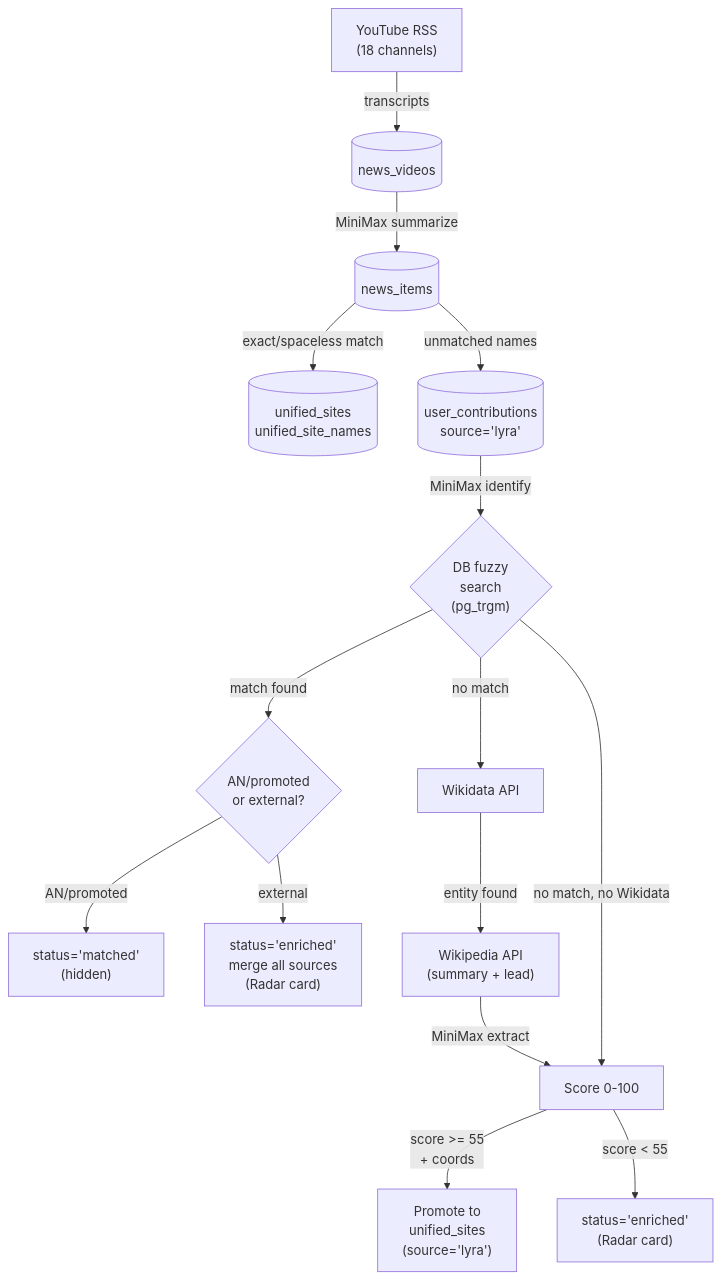
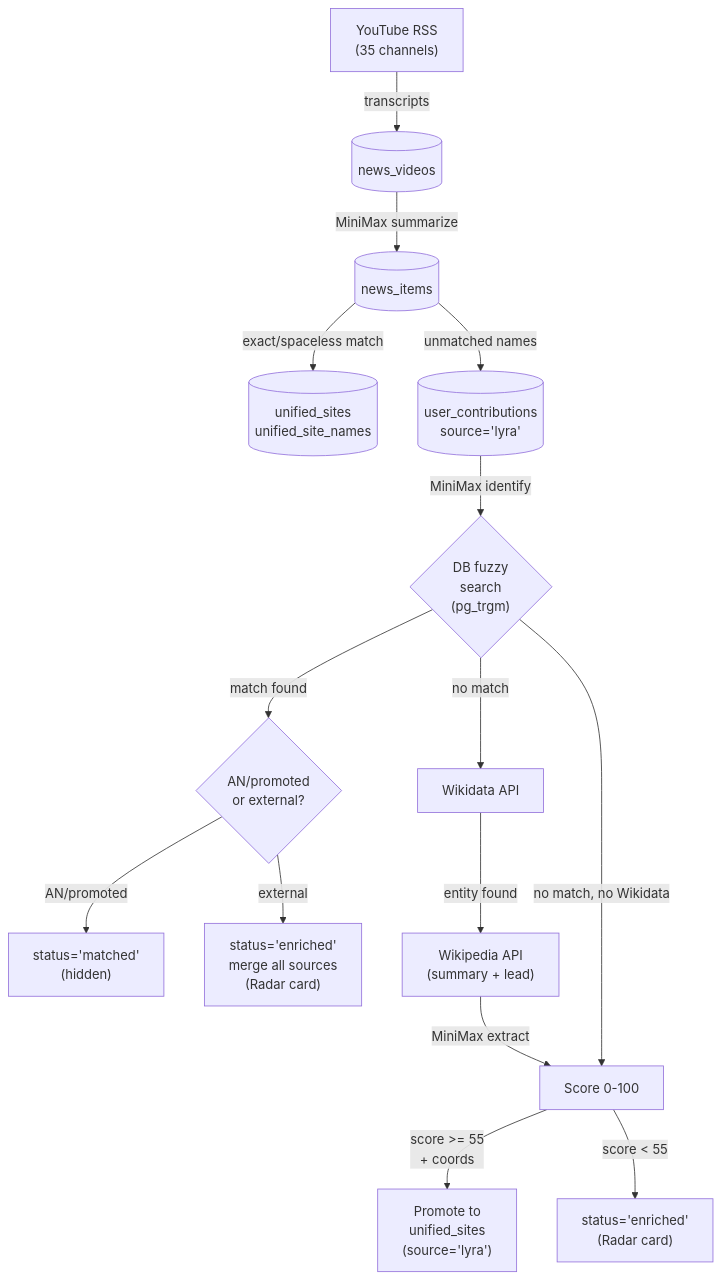
One commit to ancientnerds/AncientMap changed the second of 6 diagrams in docs/lyra-pipeline.md. Above: the diagram before and after it, drawn with Mermaid. The commit also changed other lines of this file and 3 other files, not shown here.

````diff
--- a/docs/lyra-pipeline.md
+++ b/docs/lyra-pipeline.md
@@ -43,21 +45,21 @@
 ```mermaid
 flowchart TD
-    YT["YouTube RSS\n(18 channels)"] -->|transcripts| NV[(news_videos)]
+    YT["YouTube RSS\n(35 channels)"] -->|transcripts| NV[(news_videos)]
     NV -->|MiniMax summarize| NI[(news_items)]
     NI -->|exact/spaceless match| US[(unified_sites\nunified_site_names)]
     NI -->|unmatched names| UC[(user_contributions\nsource='lyra')]
 
     UC -->|MiniMax identify| DB{"DB fuzzy\nsearch\n(pg_trgm)"}
     DB -->|match found| BRANCH{"AN/promoted\nor external?"}
     DB -->|no match| WD["Wikidata API"]
 
     BRANCH -->|AN/promoted| HIDDEN["status='matched'\n(hidden)"]
     BRANCH -->|external| ENRICHED["status='enriched'\nmerge all sources\n(Radar card)"]
 
     WD -->|entity found| WP["Wikipedia API\n(summary + lead)"]
     WP -->|MiniMax extract| SCORE["Score 0-100"]
     DB -->|no match, no Wikidata| SCORE
 
     SCORE -->|"score >= 55\n+ coords"| PROMOTE["Promote to\nunified_sites\n(source='lyra')"]
     SCORE -->|"score < 55"| KEEP["status='enriched'\n(Radar card)"]
 ```
````
